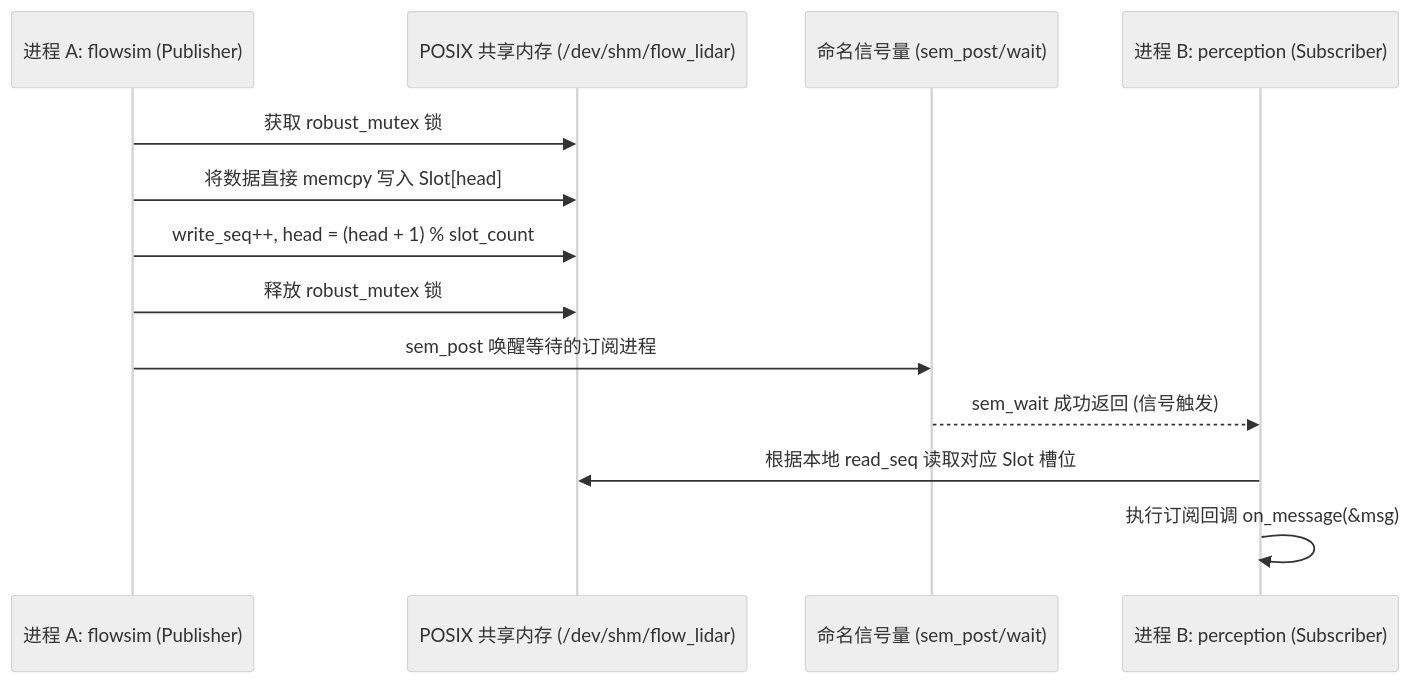
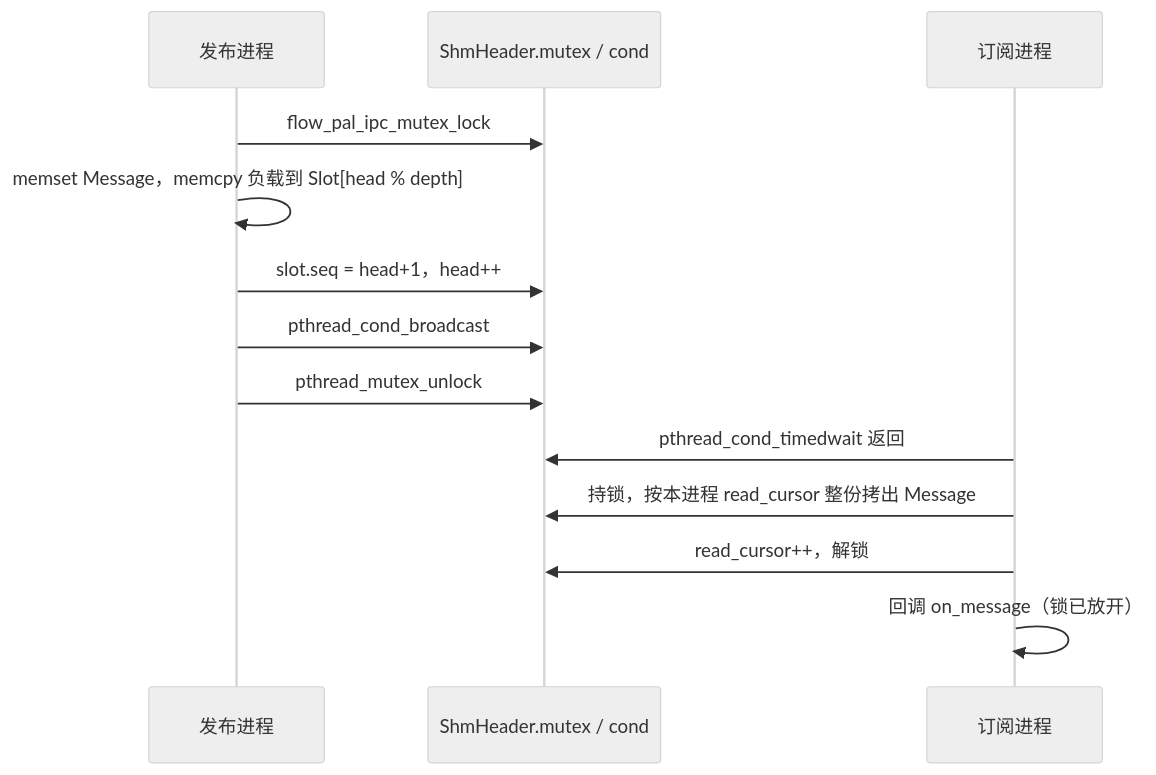
The diagram in docs/book/04_ipc_channel.md (caixuf/kunautodrive), drawn with Mermaid (neutral theme) before and after one commit. The commit also changed other lines of this file and 3 other files, not shown here.

````diff
--- a/docs/book/04_ipc_channel.md
+++ b/docs/book/04_ipc_channel.md
@@ -77,17 +185,17 @@
 ```mermaid
 sequenceDiagram
-    participant P as 进程 A: flowsim (Publisher)
-    participant SHM as POSIX 共享内存 (/dev/shm/flow_lidar)
-    participant SEM as 命名信号量 (sem_post/wait)
-    participant S as 进程 B: perception (Subscriber)
+    participant P as 发布进程
+    participant M as ShmHeader.mutex / cond
+    participant S as 订阅进程
 
-    P->>SHM: 获取 robust_mutex 锁
-    P->>SHM: 将数据直接 memcpy 写入 Slot[head]
-    P->>SHM: write_seq++, head = (head + 1) % slot_count
-    P->>SHM: 释放 robust_mutex 锁
-    P->>SEM: sem_post 唤醒等待的订阅进程
-    
-    SEM-->>S: sem_wait 成功返回 (信号触发)
-    S->>SHM: 根据本地 read_seq 读取对应 Slot 槽位
-    S->>S: 执行订阅回调 on_message(&msg)
+    P->>M: flow_pal_ipc_mutex_lock
+    P->>P: memset Message，memcpy 负载到 Slot[head % depth]
+    P->>M: slot.seq = head+1，head++
+    P->>M: pthread_cond_broadcast
+    P->>M: pthread_mutex_unlock
+
+    S->>M: pthread_cond_timedwait 返回
+    S->>M: 持锁，按本进程 read_cursor 整份拷出 Message
+    S->>M: read_cursor++，解锁
+    S->>S: 回调 on_message（锁已放开）
 ```
````
